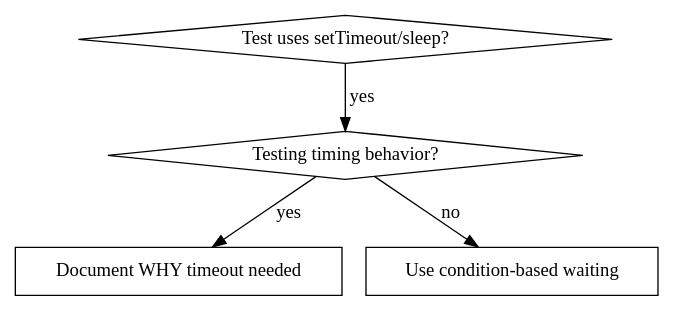
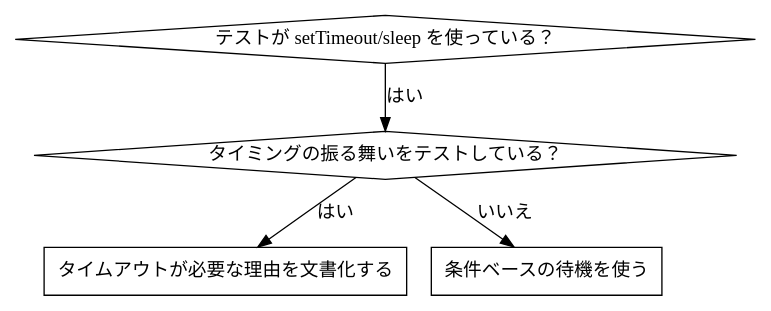
Before and after one commit to hiz8/dotfiles: the diagram in plugins/superpowers/skills/systematic-debugging/condition-based-waiting.md, drawn with Graphviz. The commit also changed other lines of this file and 6 other files, not shown here.

````diff
--- a/plugins/superpowers/skills/systematic-debugging/condition-based-waiting.md
+++ b/plugins/superpowers/skills/systematic-debugging/condition-based-waiting.md
@@ -11,12 +11,12 @@
 ```dot
 digraph when_to_use {
-    "Test uses setTimeout/sleep?" [shape=diamond];
-    "Testing timing behavior?" [shape=diamond];
-    "Document WHY timeout needed" [shape=box];
-    "Use condition-based waiting" [shape=box];
+    "テストが setTimeout/sleep を使っている？" [shape=diamond];
+    "タイミングの振る舞いをテストしている？" [shape=diamond];
+    "タイムアウトが必要な理由を文書化する" [shape=box];
+    "条件ベースの待機を使う" [shape=box];
 
-    "Test uses setTimeout/sleep?" -> "Testing timing behavior?" [label="yes"];
-    "Testing timing behavior?" -> "Document WHY timeout needed" [label="yes"];
-    "Testing timing behavior?" -> "Use condition-based waiting" [label="no"];
+    "テストが setTimeout/sleep を使っている？" -> "タイミングの振る舞いをテストしている？" [label="はい"];
+    "タイミングの振る舞いをテストしている？" -> "タイムアウトが必要な理由を文書化する" [label="はい"];
+    "タイミングの振る舞いをテストしている？" -> "条件ベースの待機を使う" [label="いいえ"];
 }
 ```
````
